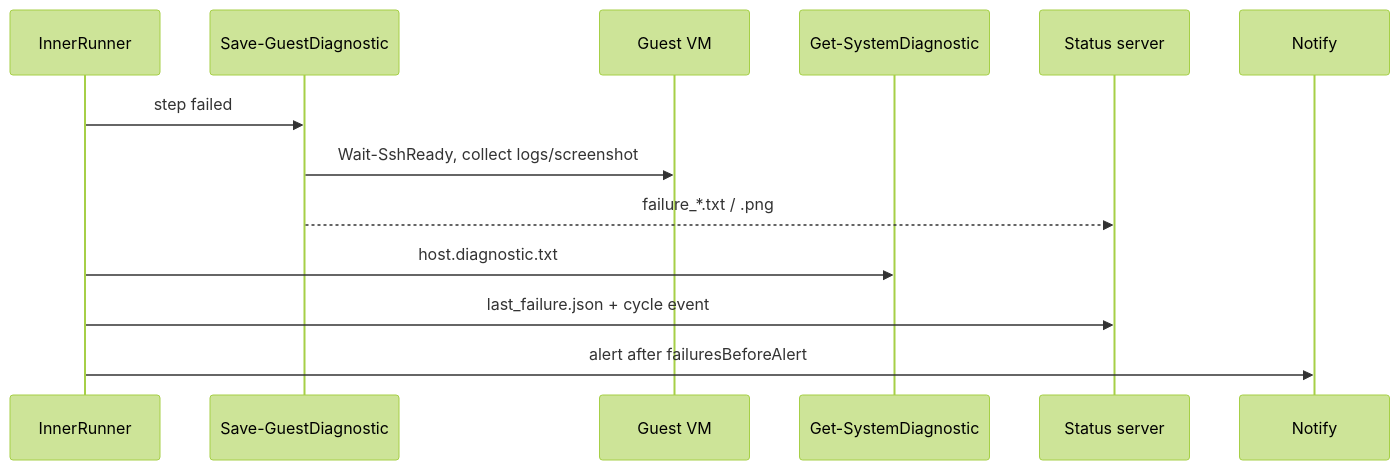
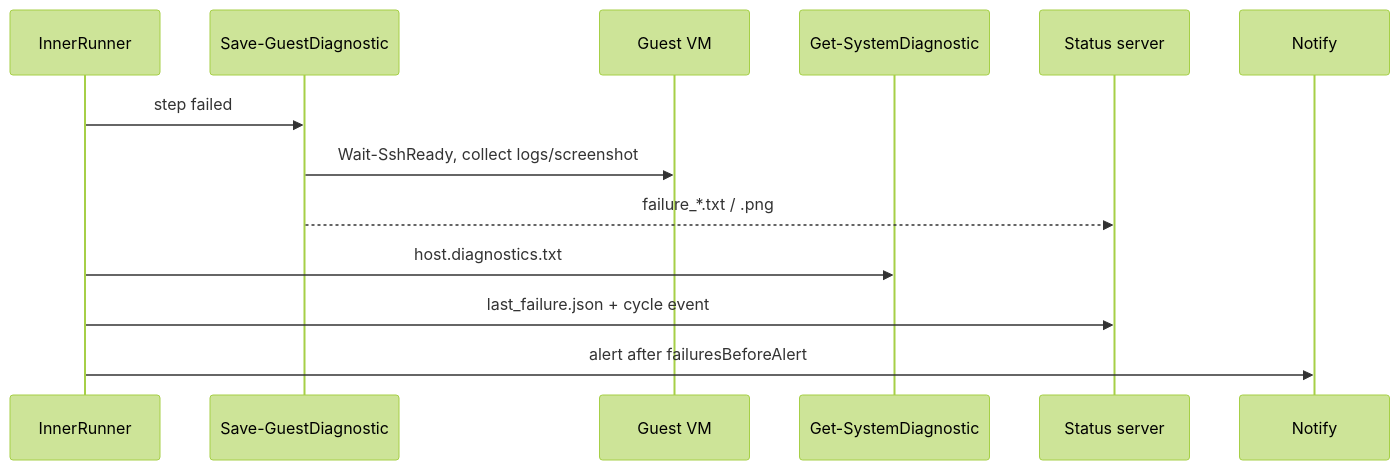
Before and after one commit to alissonsol/yuruna: the fourth of 4 diagrams in docs/design/03-data-flows.md, drawn with Mermaid (forest theme). The commit also changed other lines of this file and 433 other files, not shown here.

````diff
--- a/docs/design/03-data-flows.md
+++ b/docs/design/03-data-flows.md
@@ -83,16 +83,16 @@
 ```mermaid
 sequenceDiagram
     participant Inner as InnerRunner
     participant Diag as Save-GuestDiagnostic
     participant Guest as Guest VM
     participant HostDiag as Get-SystemDiagnostic
     participant Status as Status server
     participant Notify
 
     Inner->>Diag: step failed
     Diag->>Guest: Wait-SshReady, collect logs/screenshot
     Diag-->>Status: failure_*.txt / .png
-    Inner->>HostDiag: host.diagnostic.txt
+    Inner->>HostDiag: host.diagnostics.txt
     Inner->>Status: last_failure.json + cycle event
     Inner->>Notify: alert after failuresBeforeAlert
 ```
````
